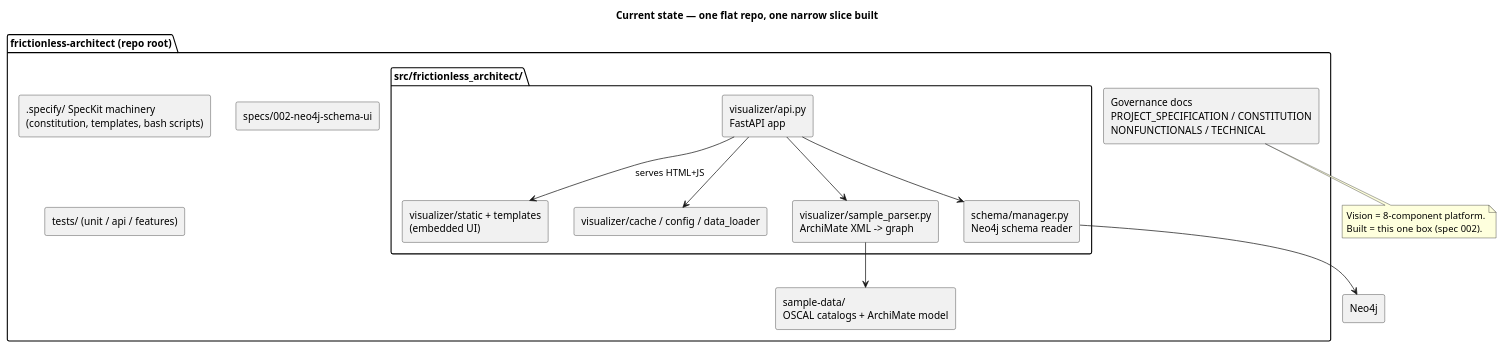
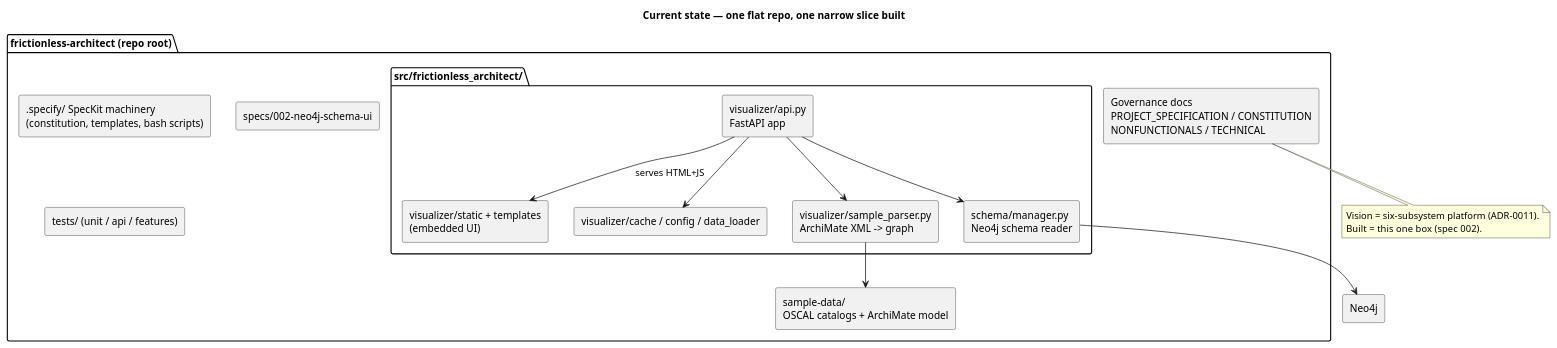
One commit to wolffy-au/frictionless-architect changed the first of 3 diagrams in ARCHITECTURE.md. Above: the diagram before and after it, drawn with PlantUML. The commit also changed other lines of this file and 5 other files, not shown here.

First line of the commit message:
docs(architecture): apply ADR-0011's six subsystems to ARCHITECTURE.md

````diff
--- a/ARCHITECTURE.md
+++ b/ARCHITECTURE.md
@@ -32,36 +34,36 @@
 ```plantuml
 @startuml
 title Current state — one flat repo, one narrow slice built
 skinparam componentStyle rectangle
 
 package "frictionless-architect (repo root)" {
   [Governance docs\nPROJECT_SPECIFICATION / CONSTITUTION\nNONFUNCTIONALS / TECHNICAL] as docs
   [.specify/ SpecKit machinery\n(constitution, templates, bash scripts)] as speckit
   [specs/002-neo4j-schema-ui] as spec002
 
   package "src/frictionless_architect/" {
     [visualizer/api.py\nFastAPI app] as api
     [visualizer/static + templates\n(embedded UI)] as ui
     [visualizer/cache / config / data_loader] as vsupport
     [visualizer/sample_parser.py\nArchiMate XML -> graph] as parser
     [schema/manager.py\nNeo4j schema reader] as schema
   }
 
   [sample-data/\nOSCAL catalogs + ArchiMate model] as sampledata
   [tests/ (unit / api / features)] as tests
 }
 
 [Neo4j] as neo4j
 api --> ui : serves HTML+JS
 api --> vsupport
 api --> schema
 schema --> neo4j
 api --> parser
 parser --> sampledata
 
 note bottom of docs
-  Vision = 8-component platform.
+  Vision = six-subsystem platform (ADR-0011).
   Built  = this one box (spec 002).
 end note
 @enduml
 ```
````
